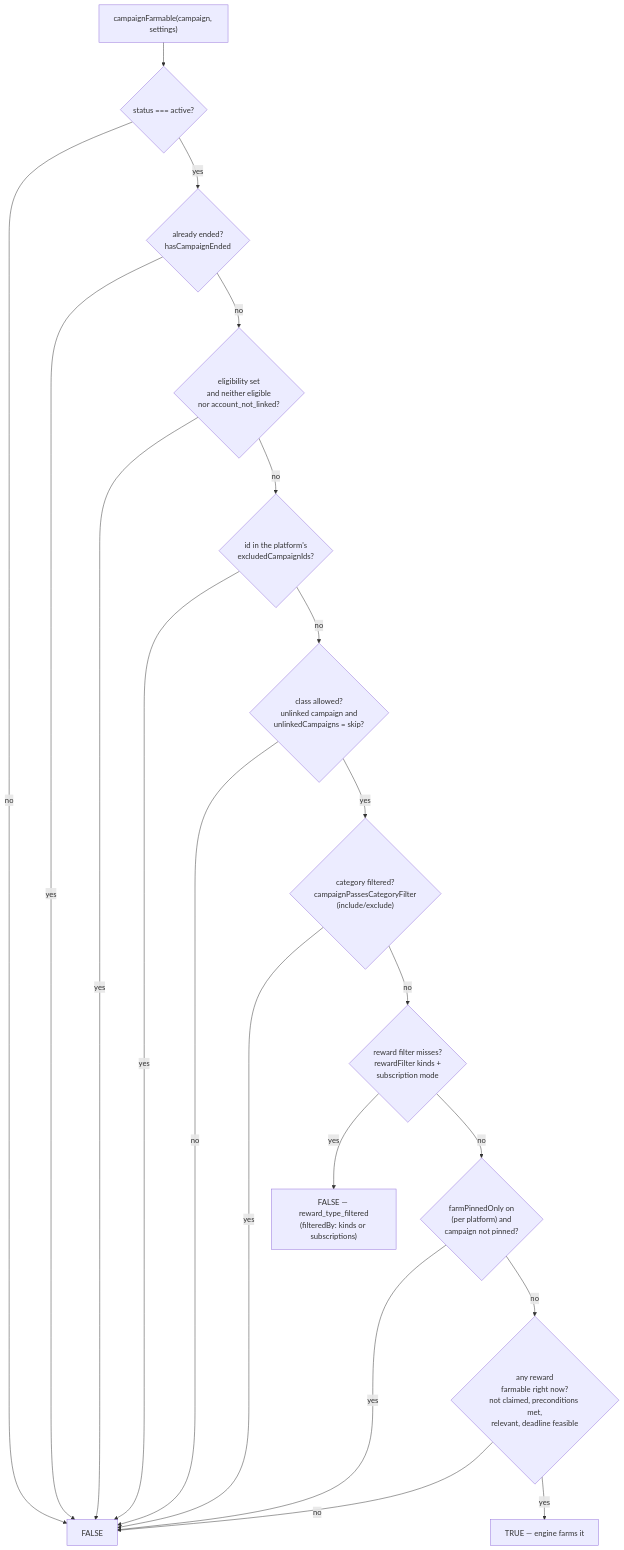
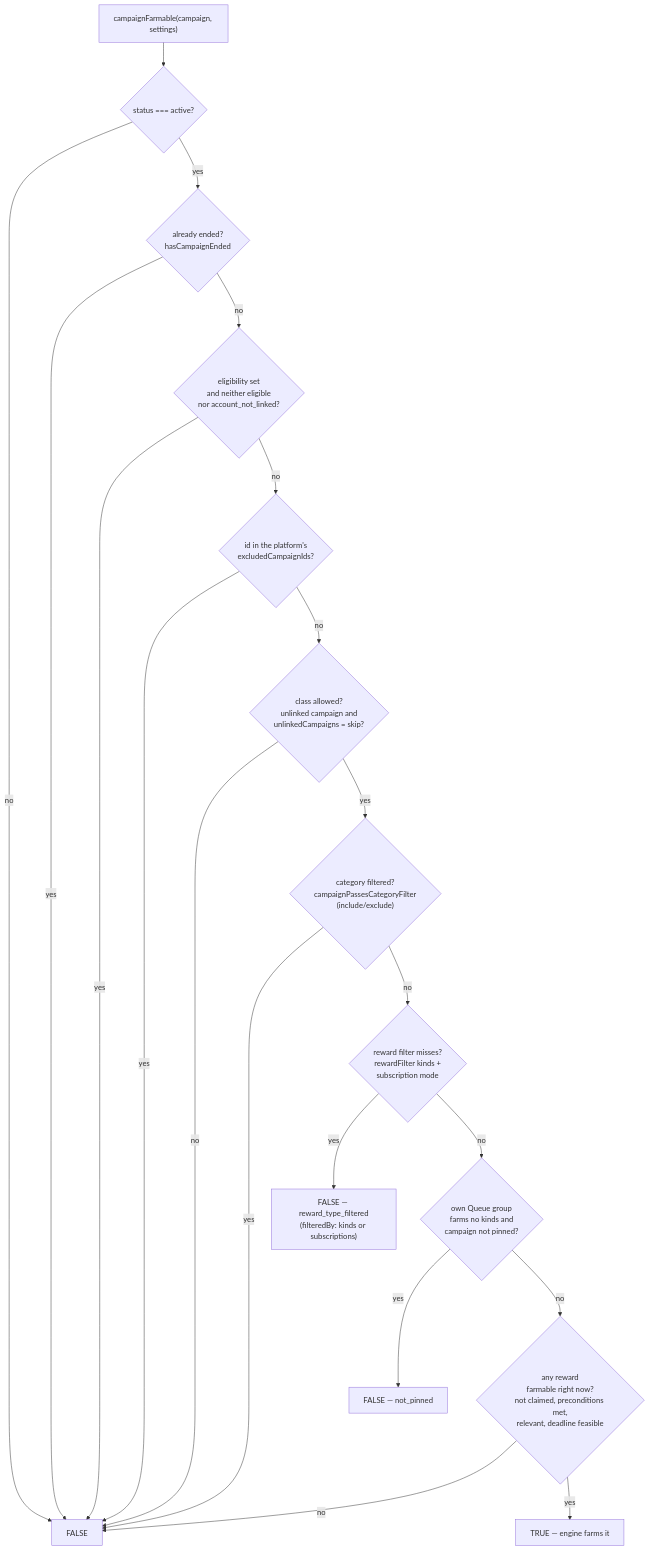
One commit to jamezrin/lurkloot changed the first of 2 diagrams in docs/campaign-farmability-visibility.md. Above: the diagram before and after it, drawn with Mermaid. The commit also changed other lines of this file and 64 other files, not shown here.

First line of the commit message:
feat(rewards): choose reward types per Queue group (#933)

````diff
--- a/docs/campaign-farmability-visibility.md
+++ b/docs/campaign-farmability-visibility.md
@@ -19,22 +20,22 @@
 ```mermaid
 flowchart TD
     A["campaignFarmable(campaign, settings)"] --> B{"status === active?"}
     B -- no --> N1["FALSE"]
     B -- yes --> C{"already ended?<br/>hasCampaignEnded"}
     C -- yes --> N1
     C -- no --> D{"eligibility set<br/>and neither eligible<br/>nor account_not_linked?"}
     D -- yes --> N1
     D -- no --> E{"id in the platform's<br/>excludedCampaignIds?"}
     E -- yes --> N1
     E -- no --> F{"class allowed?<br/>unlinked campaign and<br/>unlinkedCampaigns = skip?"}
     F -- no --> N1
     F -- yes --> G{"category filtered?<br/>campaignPassesCategoryFilter<br/>(include/exclude)"}
     G -- yes --> N1
     G -- no --> R{"reward filter misses?<br/>rewardFilter kinds +<br/>subscription mode"}
     R -- yes --> N2["FALSE — reward_type_filtered<br/>(filteredBy: kinds or subscriptions)"]
-    R -- no --> P{"farmPinnedOnly on<br/>(per platform) and<br/>campaign not pinned?"}
-    P -- yes --> N1
+    R -- no --> P{"own Queue group<br/>farms no kinds and<br/>campaign not pinned?"}
+    P -- yes --> N3["FALSE — not_pinned"]
     P -- no --> I{"any reward<br/>farmable right now?<br/>not claimed, preconditions met,<br/>relevant, deadline feasible"}
     I -- no --> N1
     I -- yes --> Y1["TRUE — engine farms it"]
 ```
````
